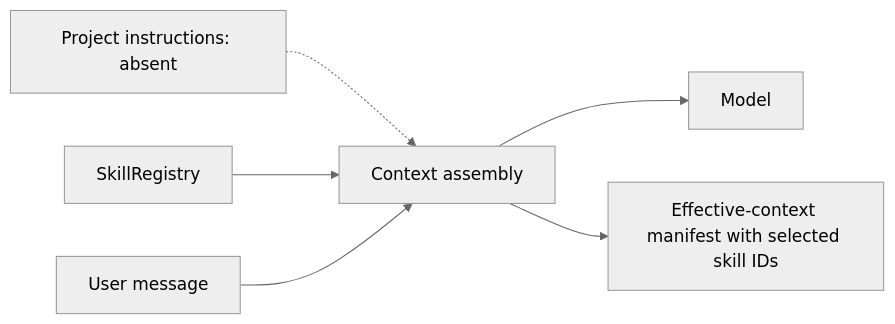
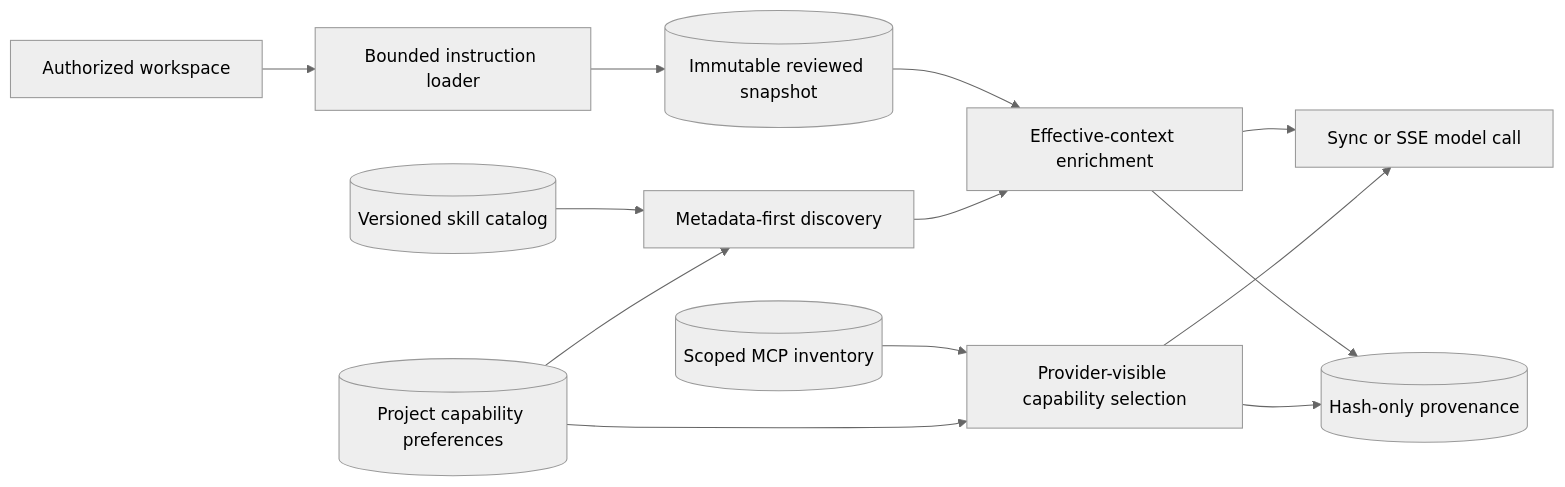
One commit to levalencia/archon changed the first of 2 diagrams in docs/course/concepts/skills-project-instructions.md. Above: the diagram before and after it, drawn with Mermaid (neutral theme). The commit also changed other lines of this file and 8 other files, not shown here.

Commit message:
docs: update skills instructions and MCP learning

````diff
--- a/docs/course/concepts/skills-project-instructions.md
+++ b/docs/course/concepts/skills-project-instructions.md
@@ -19,8 +27,15 @@
 ```mermaid
 flowchart LR
-    Project[Project instructions: absent] -.-> Resolver
-    Skills[SkillRegistry] --> Resolver[Context assembly]
-    User[User message] --> Resolver
-    Resolver --> Model
-    Resolver --> Provenance[Effective-context manifest with selected skill IDs]
+    Workspace[Authorized workspace] --> Loader[Bounded instruction loader]
+    Loader --> Snapshot[(Immutable reviewed snapshot)]
+    Catalog[(Versioned skill catalog)] --> Discovery[Metadata-first discovery]
+    Prefs[(Project capability preferences)] --> Discovery
+    Snapshot --> Enrich[Effective-context enrichment]
+    Discovery --> Enrich
+    MCP[(Scoped MCP inventory)] --> Selection[Provider-visible capability selection]
+    Prefs --> Selection
+    Enrich --> Model[Sync or SSE model call]
+    Selection --> Model
+    Enrich --> Manifest[(Hash-only provenance)]
+    Selection --> Manifest
 ```
````
